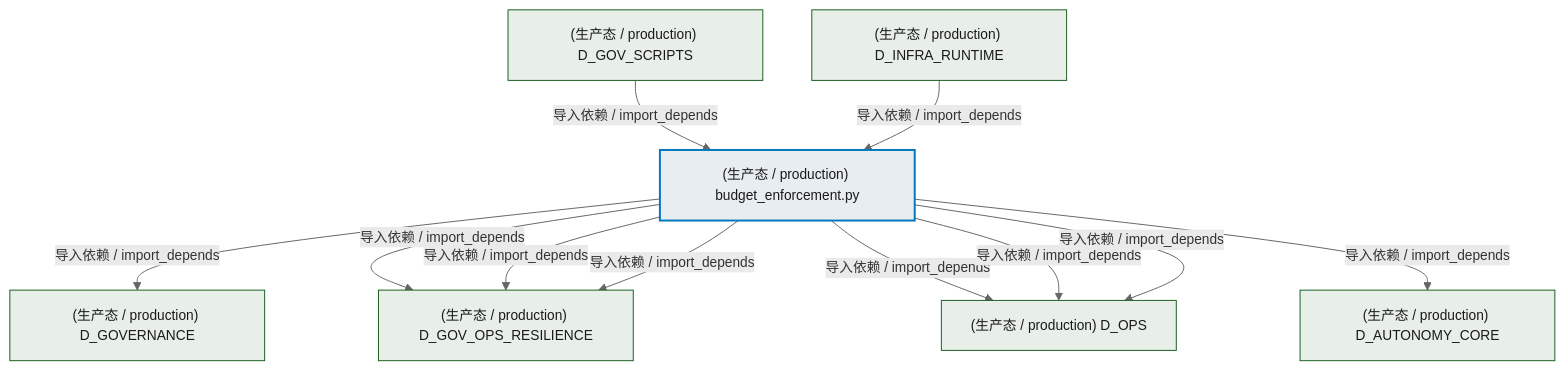
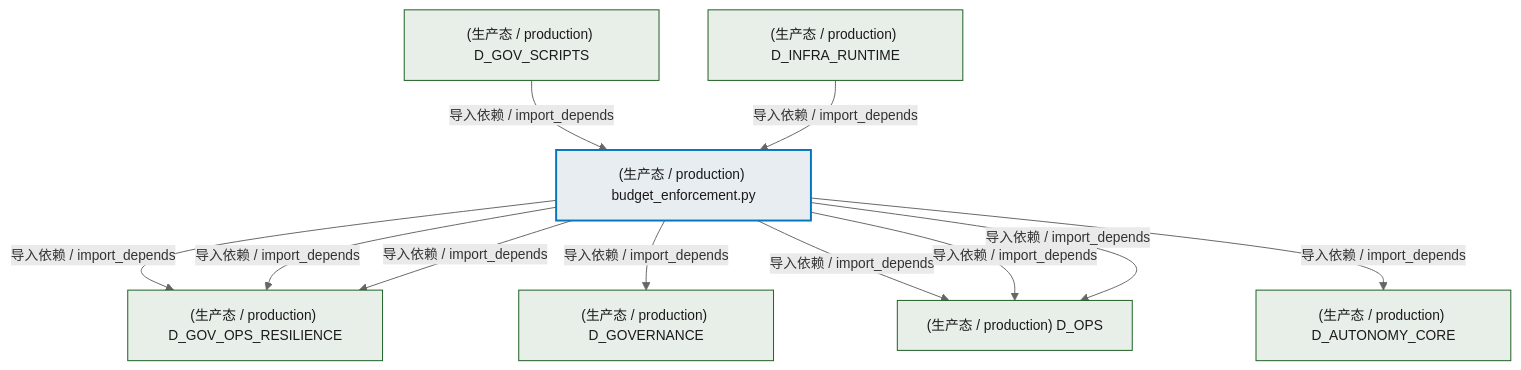
One commit to xuanFelixVan/ZephyrAlpha changed the second of 3 diagrams in docs/02_enterprise_architecture/02_domain_architecture_docs/54_d_gov_repair.md. Above: the diagram before and after it, drawn with Mermaid. The commit also changed other lines of this file and 35 other files, not shown here.

````diff
--- a/docs/02_enterprise_architecture/02_domain_architecture_docs/54_d_gov_repair.md
+++ b/docs/02_enterprise_architecture/02_domain_architecture_docs/54_d_gov_repair.md
@@ -93,27 +93,27 @@
 ```mermaid
 %%{init: {'theme': 'base', 'themeVariables': {'primaryColor': '#eaeaea', 'primaryTextColor': '#333333', 'primaryBorderColor': '#666666', 'lineColor': '#666666', 'secondaryColor': '#eaeaea', 'tertiaryColor': '#eaeaea', 'fontSize': '14px'}}}%%
 flowchart TD
     src_zephyr_governance_financial_governance_budget_enforcement_py["(生产态 / production) budget_enforcement.py"]
+    D_GOV_OPS_RESILIENCE["(生产态 / production) D_GOV_OPS_RESILIENCE"]
+    src_zephyr_governance_financial_governance_budget_enforcement_py -->|导入依赖 / import_depends| D_GOV_OPS_RESILIENCE
     D_GOVERNANCE["(生产态 / production) D_GOVERNANCE"]
     src_zephyr_governance_financial_governance_budget_enforcement_py -->|导入依赖 / import_depends| D_GOVERNANCE
-    D_GOV_OPS_RESILIENCE["(生产态 / production) D_GOV_OPS_RESILIENCE"]
-    src_zephyr_governance_financial_governance_budget_enforcement_py -->|导入依赖 / import_depends| D_GOV_OPS_RESILIENCE
     src_zephyr_governance_financial_governance_budget_enforcement_py -->|导入依赖 / import_depends| D_GOV_OPS_RESILIENCE
     D_OPS["(生产态 / production) D_OPS"]
     src_zephyr_governance_financial_governance_budget_enforcement_py -->|导入依赖 / import_depends| D_OPS
     D_AUTONOMY_CORE["(生产态 / production) D_AUTONOMY_CORE"]
     src_zephyr_governance_financial_governance_budget_enforcement_py -->|导入依赖 / import_depends| D_AUTONOMY_CORE
     src_zephyr_governance_financial_governance_budget_enforcement_py -->|导入依赖 / import_depends| D_OPS
     src_zephyr_governance_financial_governance_budget_enforcement_py -->|导入依赖 / import_depends| D_GOV_OPS_RESILIENCE
     src_zephyr_governance_financial_governance_budget_enforcement_py -->|导入依赖 / import_depends| D_OPS
     D_GOV_SCRIPTS["(生产态 / production) D_GOV_SCRIPTS"]
     D_GOV_SCRIPTS -->|导入依赖 / import_depends| src_zephyr_governance_financial_governance_budget_enforcement_py
     D_INFRA_RUNTIME["(生产态 / production) D_INFRA_RUNTIME"]
     D_INFRA_RUNTIME -->|导入依赖 / import_depends| src_zephyr_governance_financial_governance_budget_enforcement_py
     classDef production fill:#e8edf2,stroke:#0277bd,stroke-width:2px,color:#1a1a1a
     classDef design fill:#f0ebe3,stroke:#bf360c,stroke-width:2px,color:#1a1a1a,stroke-dasharray: 5 5
     classDef external_prod fill:#e8efe9,stroke:#1b5e20,stroke-width:1px,color:#1a1a1a
     classDef external_design fill:#efe5ea,stroke:#880e4f,stroke-width:1px,color:#1a1a1a,stroke-dasharray: 5 5
     class src_zephyr_governance_financial_governance_budget_enforcement_py production
-    class D_GOVERNANCE,D_GOV_OPS_RESILIENCE,D_OPS,D_AUTONOMY_CORE,D_GOV_SCRIPTS,D_INFRA_RUNTIME external_prod
+    class D_GOV_OPS_RESILIENCE,D_GOVERNANCE,D_OPS,D_AUTONOMY_CORE,D_GOV_SCRIPTS,D_INFRA_RUNTIME external_prod
 ```
````
